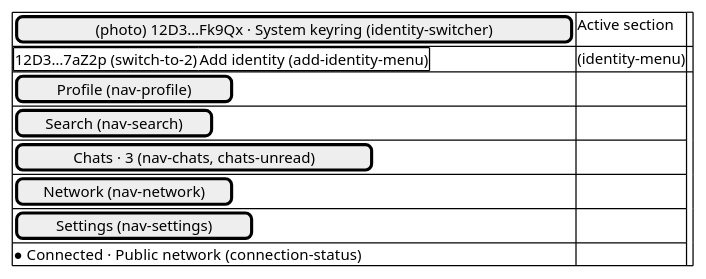
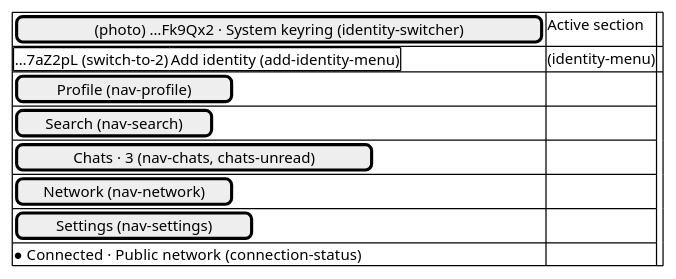
The fifth of 14 diagrams in docs/design/desktop-screens.md (abbat/dyapp), drawn with PlantUML before and after one commit. The commit also changed other lines of this file and 4 other files, not shown here.

````diff
--- a/docs/design/desktop-screens.md
+++ b/docs/design/desktop-screens.md
@@ -83,14 +85,14 @@
 ```plantuml
 @startsalt
 {#
-[(photo) 12D3…Fk9Qx · System keyring (identity-switcher)] | Active section
-{+ 12D3…7aZ2p (switch-to-2) | Add identity (add-identity-menu) } (identity-menu) | .
+[(photo) …Fk9Qx2 · System keyring (identity-switcher)] | Active section
+{+ …7aZ2pL (switch-to-2) | Add identity (add-identity-menu) } (identity-menu) | .
 [Profile (nav-profile)] | .
 [Search (nav-search)] | .
 [Chats · 3 (nav-chats, chats-unread)] | .
 [Network (nav-network)] | .
 [Settings (nav-settings)] | .
 ● Connected · Public network (connection-status) | .
 }
 @endsalt
 ```
````
